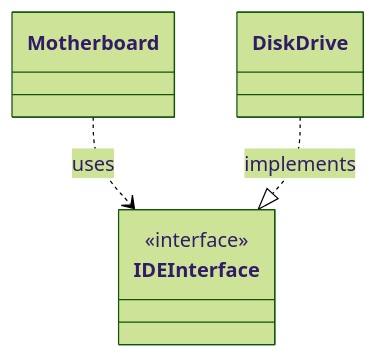
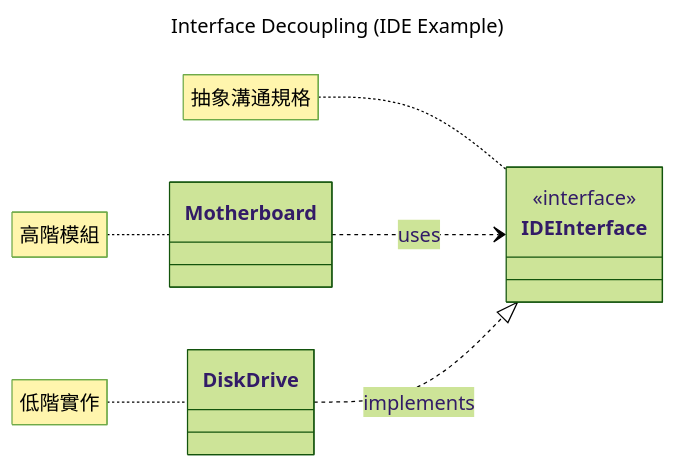
One commit to nlhsueh/teach_sw_fw changed the third of 17 diagrams in Part3_Principle/ch08_oo.md. Above: the diagram before and after it, drawn with Mermaid (forest theme). The commit also changed other lines of this file and 1 other file, not shown here.

Commit message:
docs: standardize chapter 8 Mermaid diagrams and refine IoC content

````diff
--- a/Part3_Principle/ch08_oo.md
+++ b/Part3_Principle/ch08_oo.md
@@ -160,10 +137,18 @@
 ```mermaid
+---
+title: Interface Decoupling (IDE Example)
+---
 classDiagram
+    direction LR
     class Motherboard
     class DiskDrive
     class IDEInterface {
         <<interface>>
     }
     Motherboard ..> IDEInterface : uses
     DiskDrive ..|> IDEInterface : implements
+
+    note for IDEInterface "抽象溝通規格"
+    note for Motherboard "高階模組"
+    note for DiskDrive "低階實作"
 ```
````
